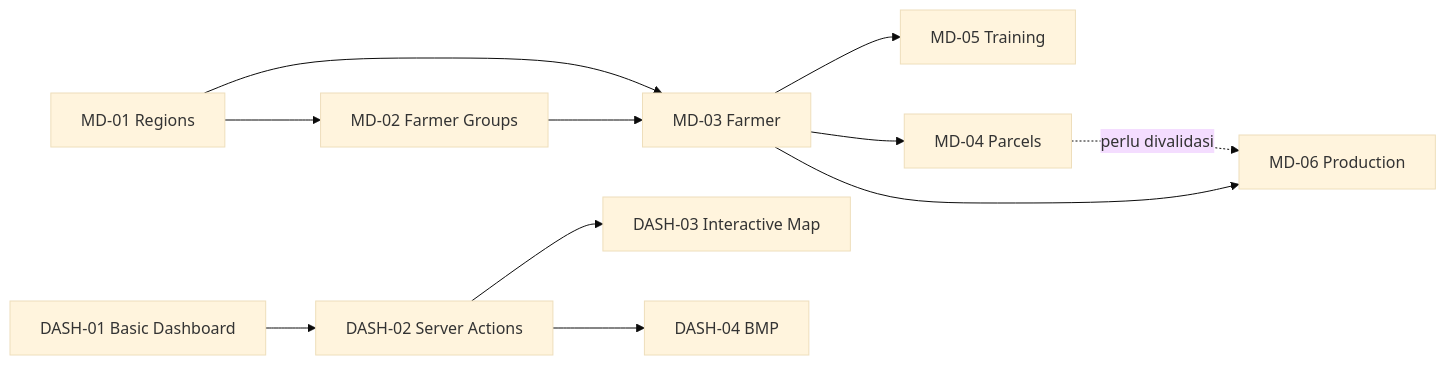
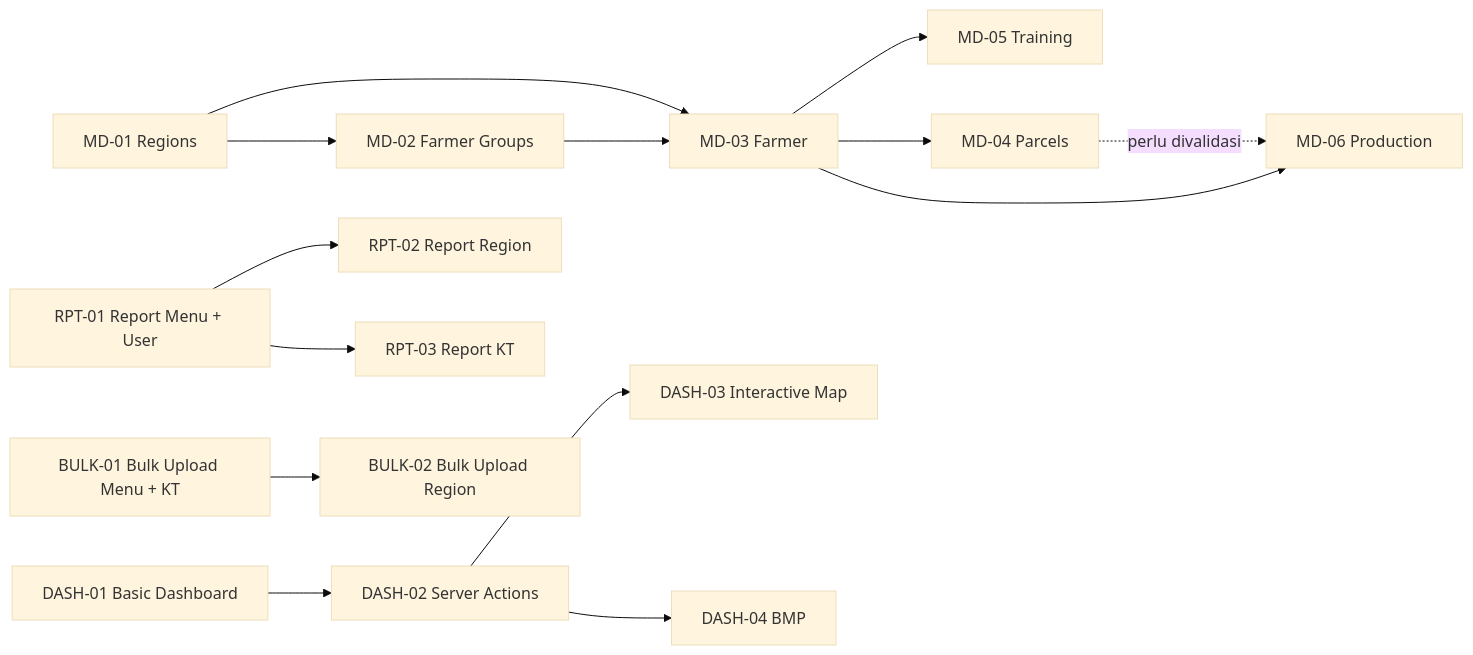
Before and after one commit to WRI-Indonesia/mis-smallholder-hub: the second of 2 diagrams in docs/progress.md, drawn with Mermaid (base theme). The commit also changed other lines of this file, not shown here.

````diff
--- a/docs/progress.md
+++ b/docs/progress.md
@@ -291,13 +312,16 @@
 ```mermaid
 flowchart LR
     MD01["MD-01 Regions"] --> MD02["MD-02 Farmer Groups"]
     MD01 --> MD03["MD-03 Farmer"]
     MD02 --> MD03
     MD03 --> MD05["MD-05 Training"]
     MD03 --> MD04["MD-04 Parcels"]
     MD04 -. "perlu divalidasi" .-> MD06["MD-06 Production"]
     MD03 --> MD06
     DASH01["DASH-01 Basic Dashboard"] --> DASH02["DASH-02 Server Actions"]
     DASH02 --> DASH03["DASH-03 Interactive Map"]
     DASH02 --> DASH04["DASH-04 BMP"]
+    RPT01["RPT-01 Report Menu + User"] --> RPT02["RPT-02 Report Region"]
+    RPT01 --> RPT03["RPT-03 Report KT"]
+    BULK01["BULK-01 Bulk Upload Menu + KT"] --> BULK02["BULK-02 Bulk Upload Region"]
 ```
````
